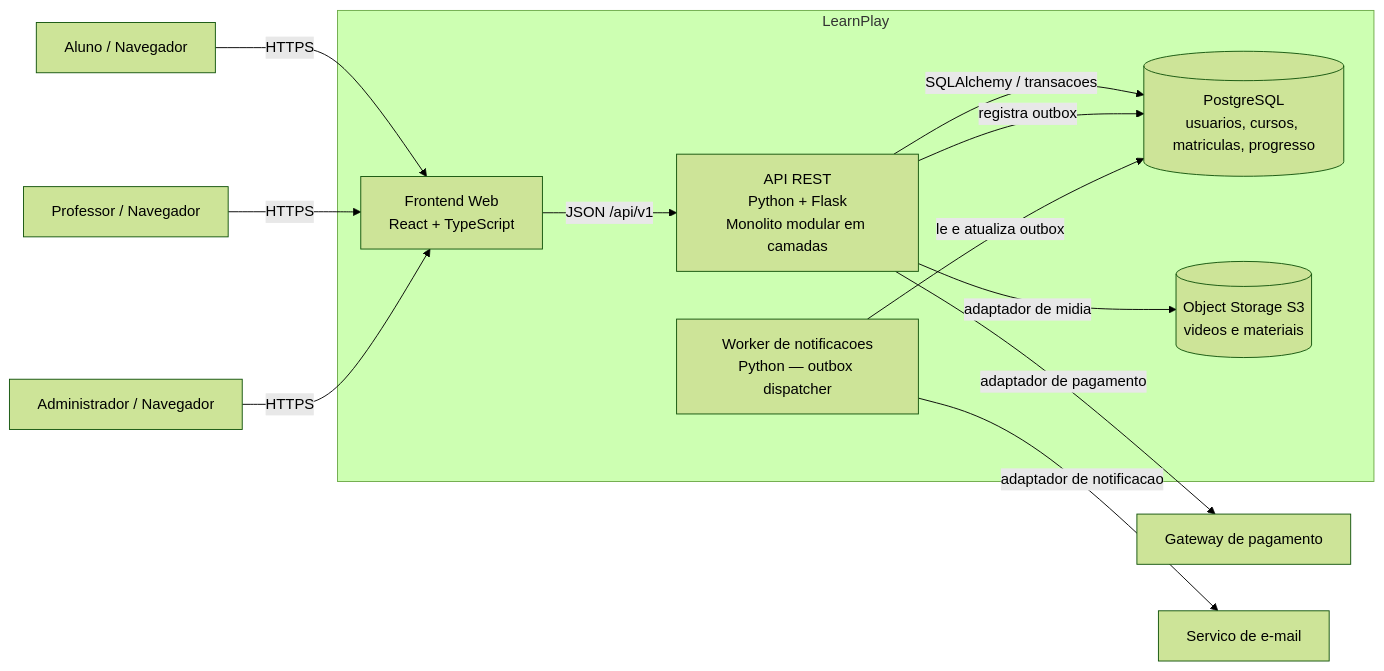
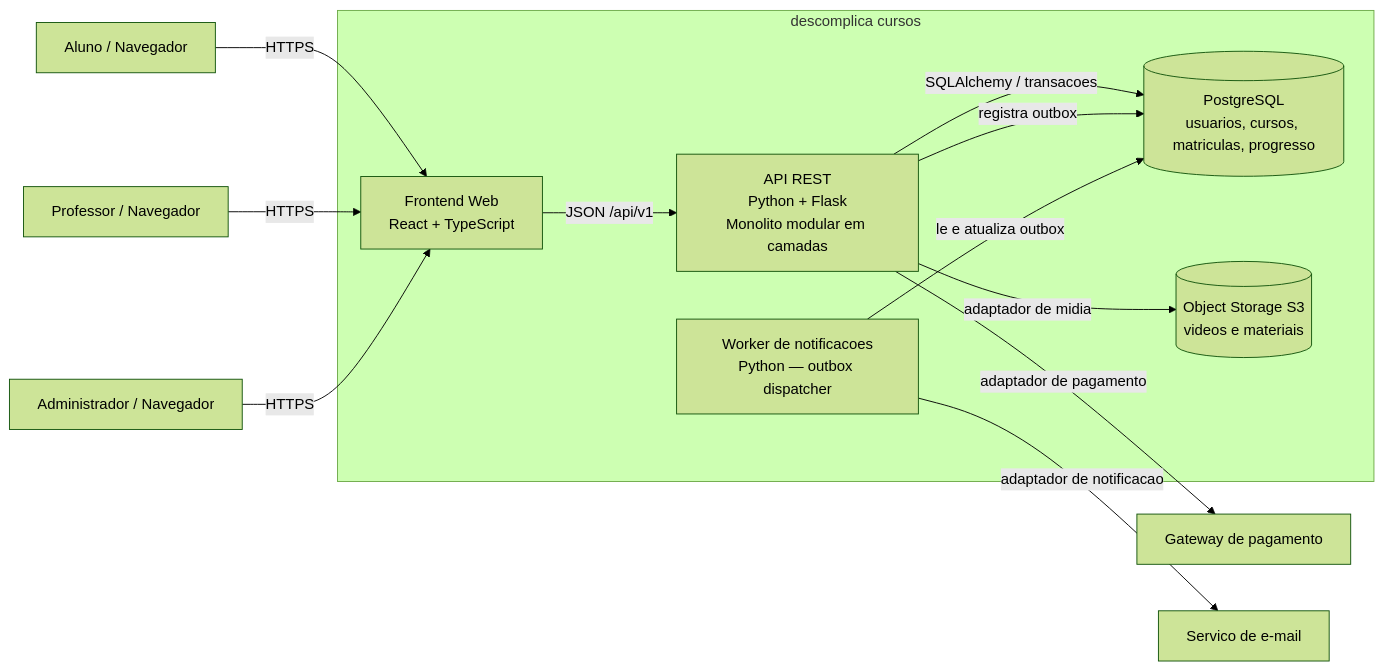
Before and after one commit to saleslima567-dotcom/Learn-Play: the diagram in diagramas/c2_conteineres.mmd, drawn with Mermaid (forest theme). The commit also changed 18 other files, not shown here.

Commit message:
Atualizar marca para descomplica cursos

```diff
--- a/diagramas/c2_conteineres.mmd
+++ b/diagramas/c2_conteineres.mmd
@@ -1,23 +1,23 @@
 flowchart LR
   student[Aluno / Navegador]
   teacher[Professor / Navegador]
   administrator[Administrador / Navegador]
-  subgraph learnplay[LearnPlay]
+  subgraph descomplica_cursos[descomplica cursos]
     frontend[Frontend Web<br/>React + TypeScript]
     backend[API REST<br/>Python + Flask<br/>Monolito modular em camadas]
     db[(PostgreSQL<br/>usuarios, cursos, matriculas, progresso)]
     media[(Object Storage S3<br/>videos e materiais)]
     worker[Worker de notificacoes<br/>Python — outbox dispatcher]
   end
   payment[Gateway de pagamento]
   email[Servico de e-mail]
   student -->|HTTPS| frontend
   teacher -->|HTTPS| frontend
   administrator -->|HTTPS| frontend
   frontend -->|JSON /api/v1| backend
   backend -->|SQLAlchemy / transacoes| db
   backend -->|adaptador de midia| media
   backend -->|adaptador de pagamento| payment
   backend -->|registra outbox| db
   worker -->|le e atualiza outbox| db
   worker -->|adaptador de notificacao| email
```
